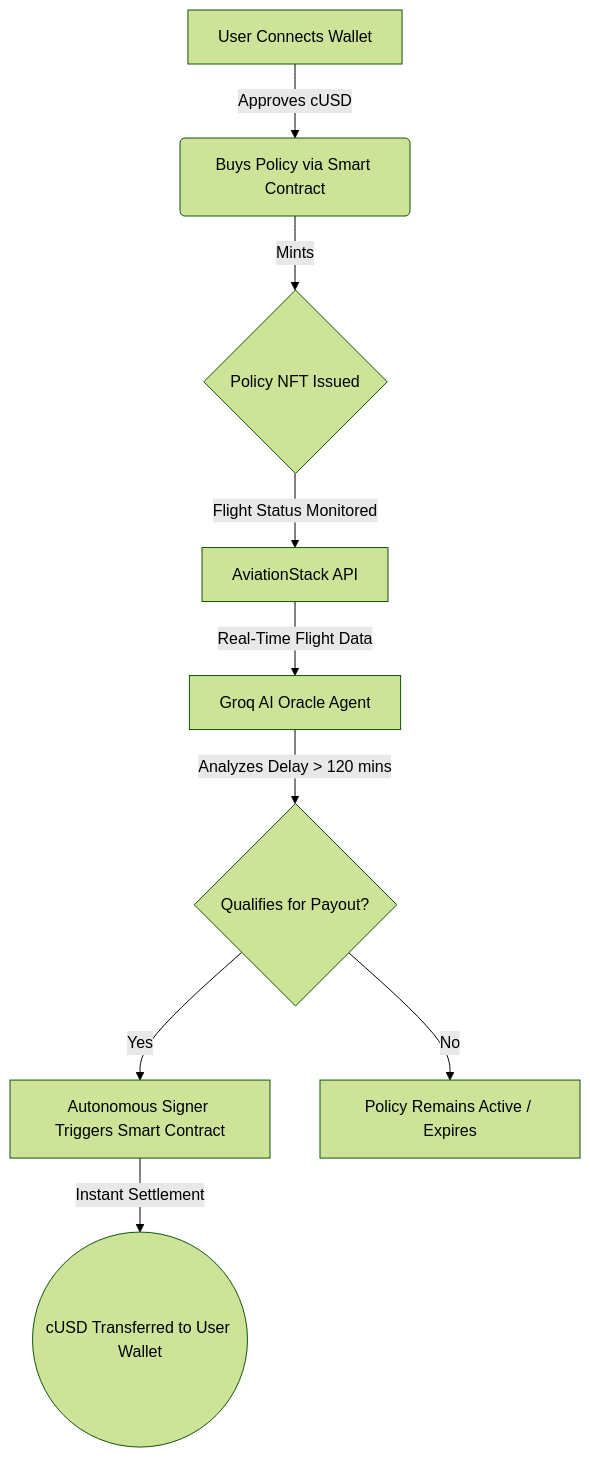
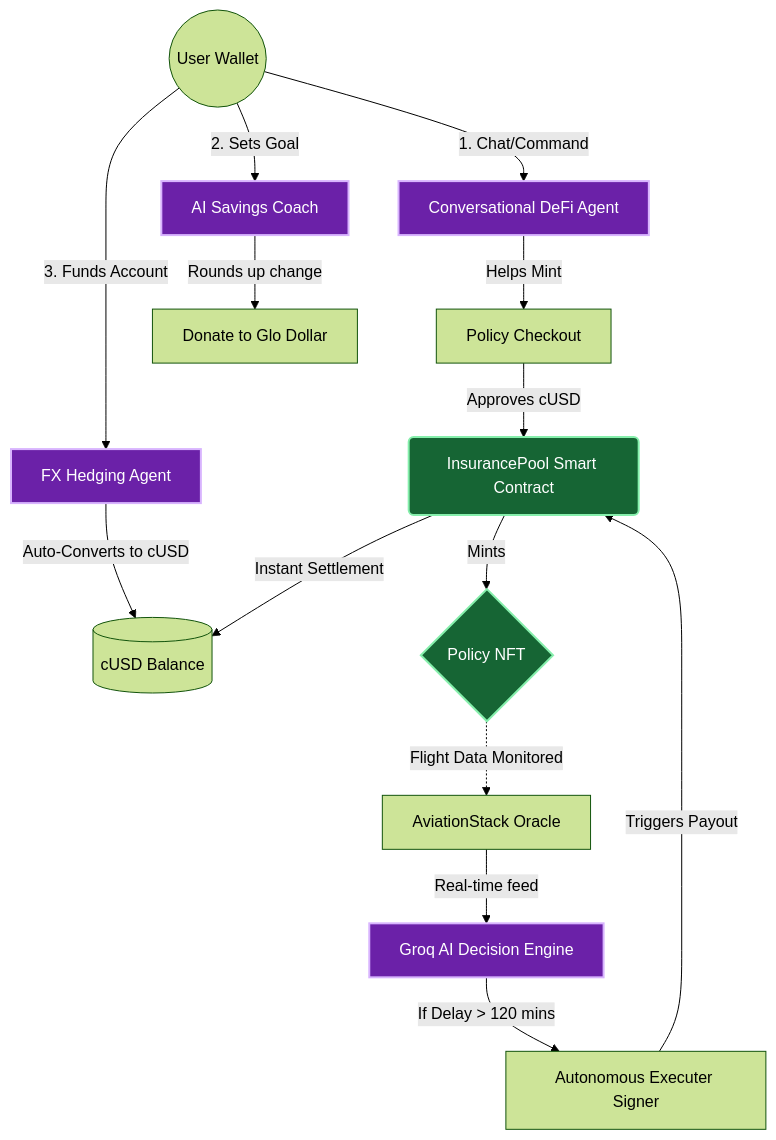
The diagram in README.md (shriyashsoni/celo-travel), drawn with Mermaid (forest theme) before and after one commit. The commit also changed other lines of this file and 25 other files, not shown here.

Commit message:
feat: implement DeFAI features, Celo mainnet deployment, and update README architecture

````diff
--- a/README.md
+++ b/README.md
@@ -23,11 +39,29 @@
 ```mermaid
 graph TD
-    A[User Connects Wallet] -->|Approves cUSD| B(Buys Policy via Smart Contract)
-    B -->|Mints| C{Policy NFT Issued}
-    C -->|Flight Status Monitored| D[AviationStack API]
-    D -->|Real-Time Flight Data| E[Groq AI Oracle Agent]
-    E -->|Analyzes Delay > 120 mins| F{Qualifies for Payout?}
-    F -->|Yes| G[Autonomous Signer Triggers Smart Contract]
-    F -->|No| H[Policy Remains Active / Expires]
-    G -->|Instant Settlement| I((cUSD Transferred to User Wallet))
+    %% User Interactions
+    User((User Wallet)) -->|1. Chat/Command| Agent[Conversational DeFi Agent]
+    User -->|2. Sets Goal| Savings[AI Savings Coach]
+    User -->|3. Funds Account| FX[FX Hedging Agent]
+    
+    %% Agent Logic
+    Agent -->|Helps Mint| Buy[Policy Checkout]
+    FX -->|Auto-Converts to cUSD| Wallet[(cUSD Balance)]
+    Savings -->|Rounds up change| ReFi[Donate to Glo Dollar]
+    
+    %% Core Insurance Lifecycle
+    Buy -->|Approves cUSD| Contract(InsurancePool Smart Contract)
+    Contract -->|Mints| NFT{Policy NFT}
+    NFT -.->|Flight Data Monitored| Oracle[AviationStack Oracle]
+    Oracle -->|Real-time feed| Groq[Groq AI Decision Engine]
+    
+    %% Settlement
+    Groq -->|If Delay > 120 mins| Signer[Autonomous Executer Signer]
+    Signer -->|Triggers Payout| Contract
+    Contract -->|Instant Settlement| Wallet
+    
+    classDef agent fill:#6b21a8,stroke:#d8b4fe,stroke-width:2px,color:#fff;
+    classDef smartcontract fill:#166534,stroke:#86efac,stroke-width:2px,color:#fff;
+    
+    class Agent,Savings,FX,Groq agent;
+    class Contract,NFT smartcontract;
 ```
````
